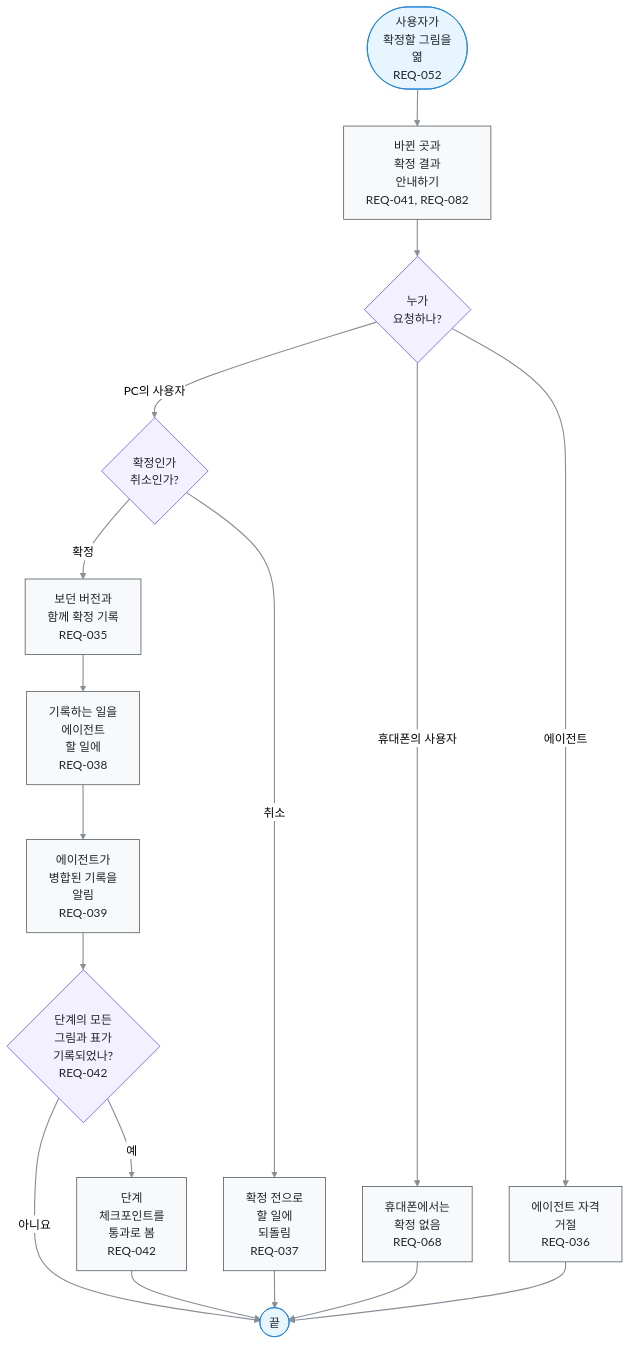
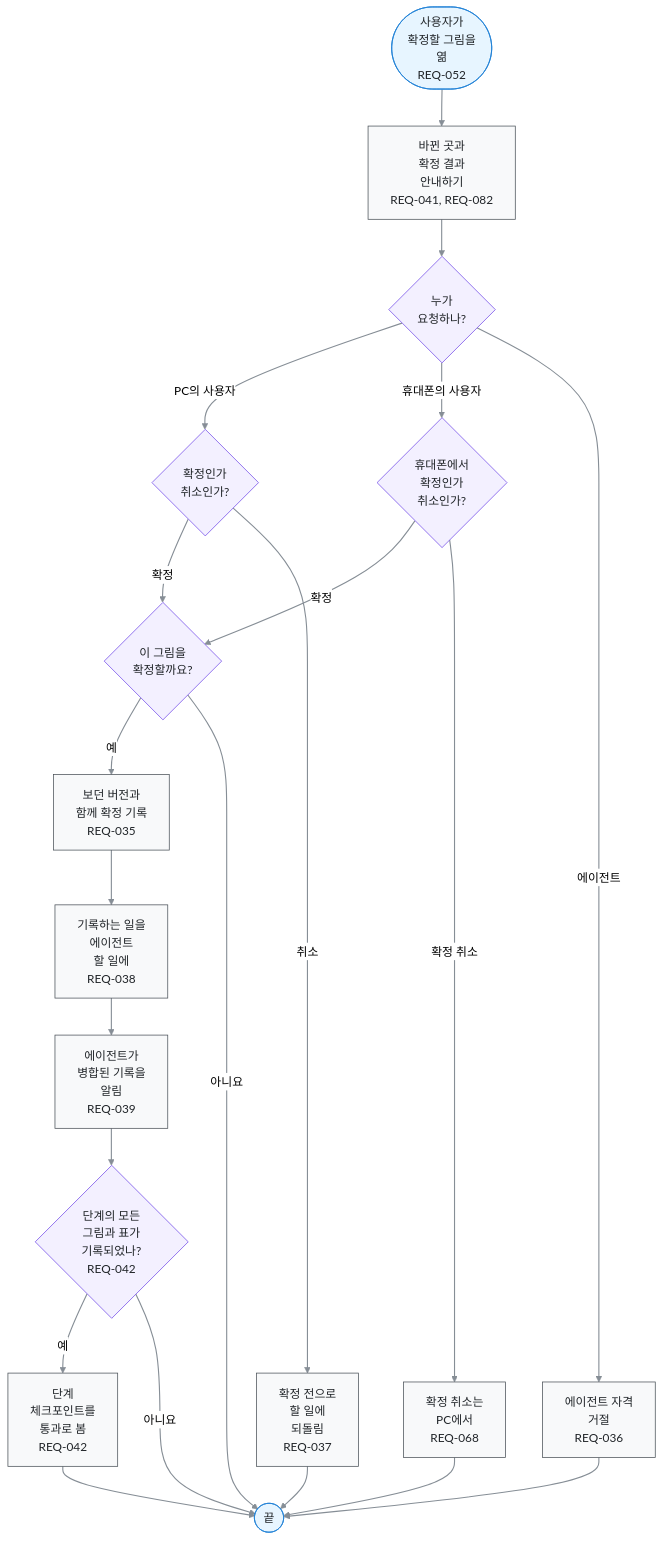
One commit to kodonghui/corthex-nexus changed the diagram in docs/03-user-flow/FL-006-confirm-a-diagram.ko.md. Above: the diagram before and after it, drawn with Mermaid (neutral theme). The commit also changed other lines of this file and 69 other files, not shown here.

````diff
--- a/docs/03-user-flow/FL-006-confirm-a-diagram.ko.md
+++ b/docs/03-user-flow/FL-006-confirm-a-diagram.ko.md
@@ -11,42 +11,48 @@
 ```mermaid
 flowchart TD
   A(["사용자가<br/>확정할 그림을<br/>엶<br/>REQ-052"])
   B["바뀐 곳과<br/>확정 결과<br/>안내하기<br/>REQ-041, REQ-082"]
   C{"누가<br/>요청하나?"}
   D{"확정인가<br/>취소인가?"}
   E["보던 버전과<br/>함께 확정 기록<br/>REQ-035"]
   F["기록하는 일을<br/>에이전트<br/>할 일에<br/>REQ-038"]
   G["에이전트가<br/>병합된 기록을<br/>알림<br/>REQ-039"]
   H{"단계의 모든<br/>그림과 표가<br/>기록되었나?<br/>REQ-042"}
   I["단계<br/>체크포인트를<br/>통과로 봄<br/>REQ-042"]
   J["확정 전으로<br/>할 일에<br/>되돌림<br/>REQ-037"]
-  R1["휴대폰에서는<br/>확정 없음<br/>REQ-068"]
+  P{"휴대폰에서<br/>확정인가<br/>취소인가?"}
+  L{"이 그림을<br/>확정할까요?"}
+  R1["확정 취소는<br/>PC에서<br/>REQ-068"]
   R2["에이전트 자격<br/>거절<br/>REQ-036"]
   Z(["끝"])
   A e1@--> B
   B e2@--> C
   C e3@-->|PC의 사용자| D
-  C e4@-->|휴대폰의 사용자| R1
+  C e4@-->|휴대폰의 사용자| P
   C e5@-->|에이전트| R2
-  D e6@-->|확정| E
+  D e6@-->|확정| L
   D e7@-->|취소| J
   E e8@--> F
   F e9@--> G
   G e10@--> H
   H e11@-->|예| I
   H e12@-->|아니요| Z
   I e13@--> Z
   J e14@--> Z
   R1 e15@--> Z
   R2 e16@--> Z
+  P e17@-->|확정| L
+  P e18@-->|확정 취소| R1
+  L e19@-->|예| E
+  L e20@-->|아니요| Z
   %% legend: below
   classDef term fill:#e7f5ff,stroke:#1c7ed6,color:#212529
   classDef proc fill:#f8f9fa,stroke:#495057,color:#212529
   classDef decide fill:#f3f0ff,stroke:#7048e8,color:#212529
   classDef gap fill:#f1f3f5,stroke:#adb5bd,stroke-dasharray:2 3,color:#495057
   classDef pass stroke:#868e96,stroke-width:1.5px
   class A,Z term
   class B,E,F,G,I,J,R1,R2 proc
-  class C,D,H decide
-  class e1,e2,e3,e4,e5,e6,e7,e8,e9,e10,e11,e12,e13,e14,e15,e16 pass
+  class C,D,H,P,L decide
+  class e1,e2,e3,e4,e5,e6,e7,e8,e9,e10,e11,e12,e13,e14,e15,e16,e17,e18,e19,e20 pass
 ```
````
